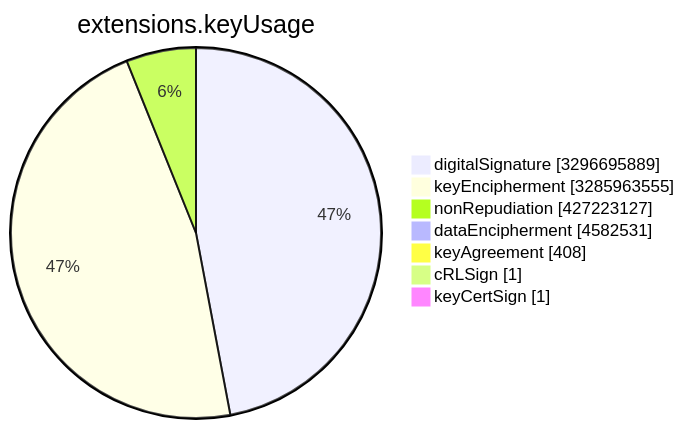
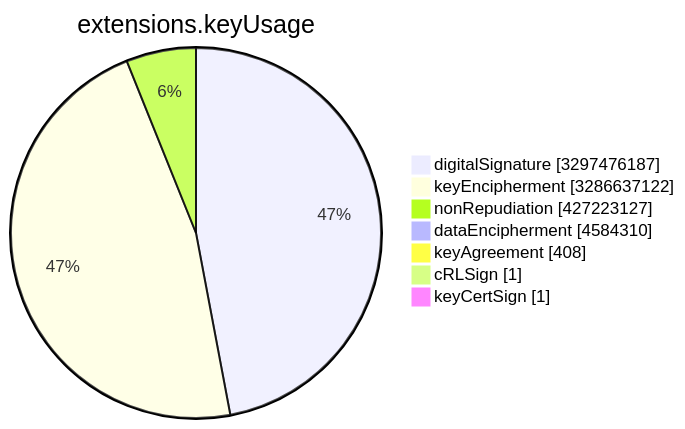
The sixth of 15 diagrams in TOTAL/README.md (christiankrug/ctmonitor_visualization), drawn with Mermaid before and after one commit. The commit also changed other lines of this file, not shown here.

````diff
--- a/TOTAL/README.md
+++ b/TOTAL/README.md
@@ -3078,11 +3078,11 @@
 ```mermaid
 pie showData
 title extensions.keyUsage
-"digitalSignature" :3296695889
-"keyEncipherment" :3285963555
+"digitalSignature" :3297476187
+"keyEncipherment" :3286637122
 "nonRepudiation" :427223127
-"dataEncipherment" :4582531
+"dataEncipherment" :4584310
 "keyAgreement" :408
 "cRLSign" :1
 "keyCertSign" :1
 ```
````
